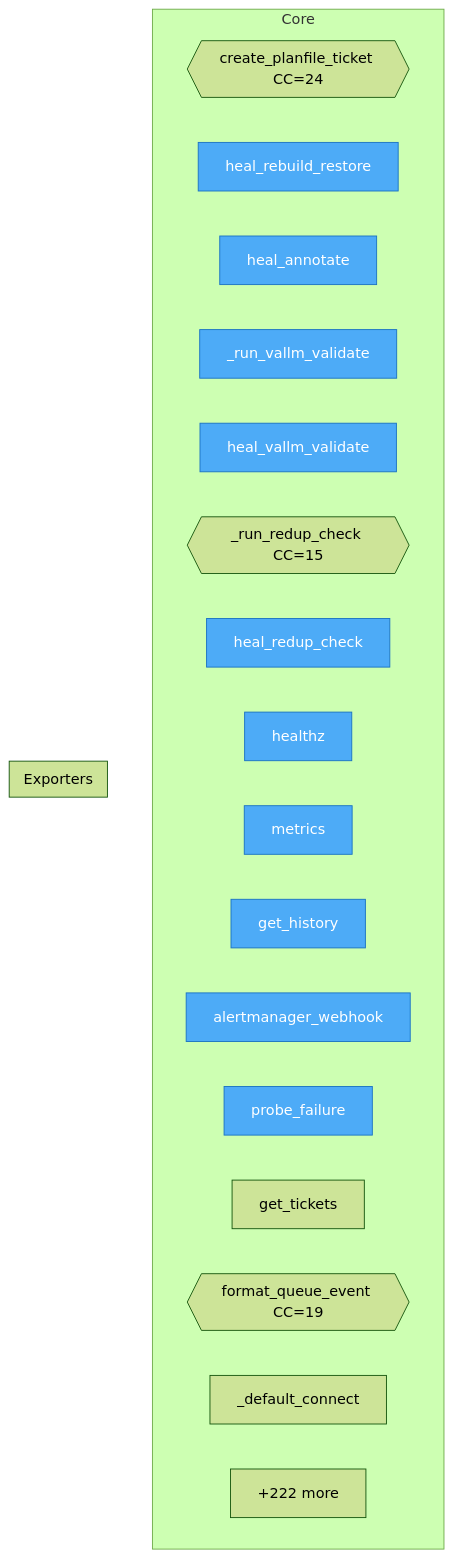
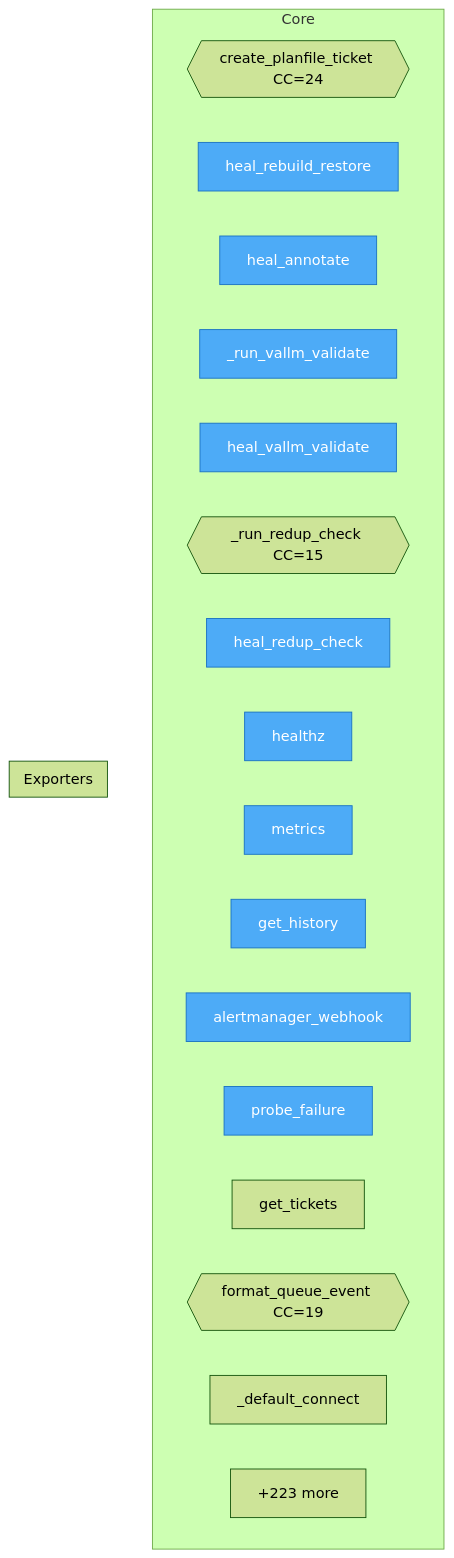
The diagram in project/flow.mmd (semcod/koru), drawn with Mermaid (forest theme) before and after one commit. The commit also changed 50 other files, not shown here.

```diff
--- a/project/flow.mmd
+++ b/project/flow.mmd
@@ -1,29 +1,29 @@
 flowchart TD
 %% generated in 0.01s
 
     %% Entry points (blue)
     classDef entry fill:#4dabf7,stroke:#1971c2,color:#fff
 
     subgraph Core
         services__healing_webhook__app__create_planfile_ticket{{create_planfile_ticket CC=24}}
         services__healing_webhook__app__heal_rebuild_restore["heal_rebuild_restore"]
         services__healing_webhook__app__heal_annotate["heal_annotate"]
         services__healing_webhook__app___run_vallm_validate["_run_vallm_validate"]
         services__healing_webhook__app__heal_vallm_validate["heal_vallm_validate"]
         services__healing_webhook__app___run_redup_check{{_run_redup_check CC=15}}
         services__healing_webhook__app__heal_redup_check["heal_redup_check"]
         services__healing_webhook__app__healthz["healthz"]
         services__healing_webhook__app__metrics["metrics"]
         services__healing_webhook__app__get_history["get_history"]
         services__healing_webhook__app__alertmanager_webhook["alertmanager_webhook"]
         services__healing_webhook__app__probe_failure["probe_failure"]
         services__healing_webhook__app__get_tickets["get_tickets"]
         src__koru__watch__format_queue_event{{format_queue_event CC=19}}
         src__koru__watch___default_connect["_default_connect"]
-        ...["+222 more"]
+        ...["+223 more"]
     end
 
     subgraph Exporters
     end
 
     class services__healing_webhook__app__heal_rebuild_restore,services__healing_webhook__app__heal_annotate,services__healing_webhook__app___run_vallm_validate,services__healing_webhook__app__heal_vallm_validate,services__healing_webhook__app__heal_redup_check,services__healing_webhook__app__healthz,services__healing_webhook__app__metrics,services__healing_webhook__app__get_history,services__healing_webhook__app__alertmanager_webhook,services__healing_webhook__app__probe_failure entry
```
